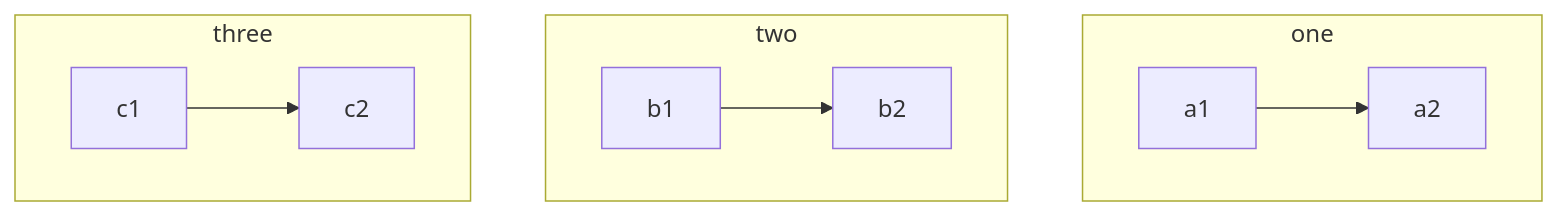
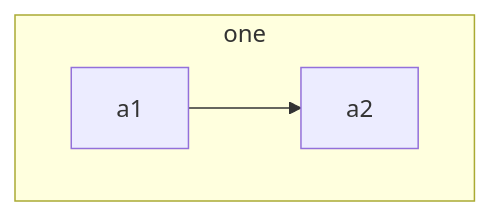
One commit to googlelxhgithub/iodraw-files changed the diagram in all/network.md. Above: the diagram before and after it, drawn with Mermaid.

Commit message:
2024-08-30 21:44:29 update

````diff
--- a/all/network.md
+++ b/all/network.md
@@ -1,13 +1,7 @@
 ```mermaid
 flowchart TB
-   
     subgraph one
     a1-->a2
     end
-    subgraph two
-    b1-->b2
-    end
-    subgraph three
-    c1-->c2
-    end
+ 
 ```
````
